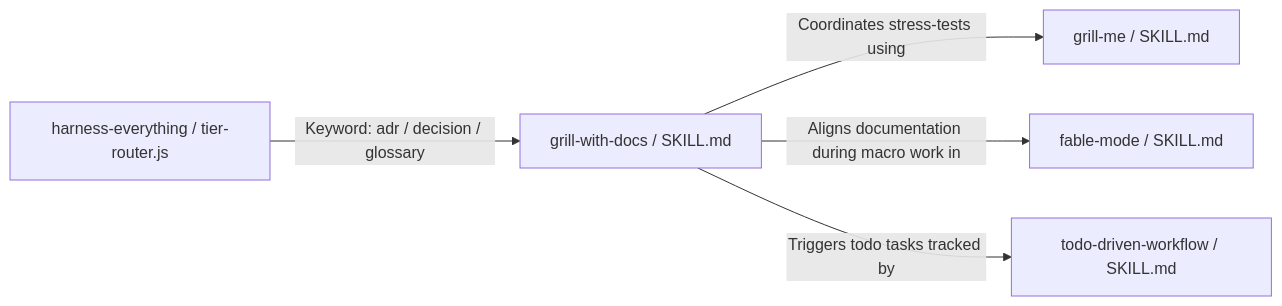
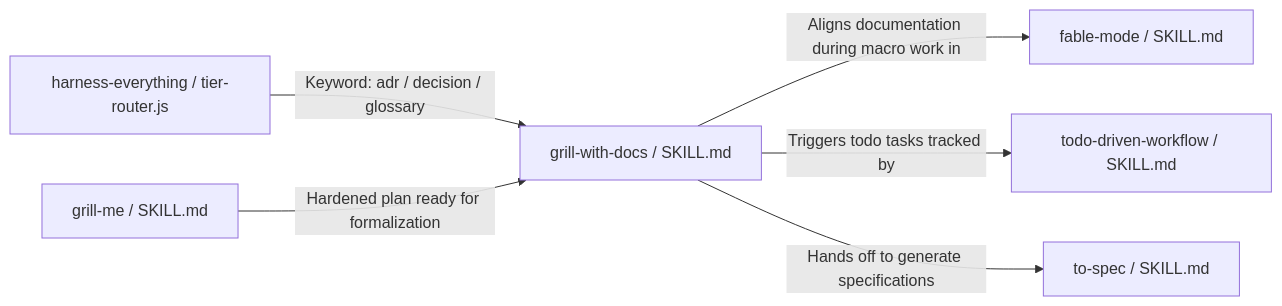
Before and after one commit to dyphn1/Harness-everything: the second of 3 diagrams in docs/workflows/grill-with-docs.md, drawn with Mermaid. The commit also changed other lines of this file and 3 other files, not shown here.

````diff
--- a/docs/workflows/grill-with-docs.md
+++ b/docs/workflows/grill-with-docs.md
@@ -29,7 +32,8 @@
 ```mermaid
 graph LR
   Router["harness-everything / tier-router.js"] -->|Keyword: adr / decision / glossary| GWD["grill-with-docs / SKILL.md"]
-  GWD -->|Coordinates stress-tests using| GrillMe["grill-me / SKILL.md"]
+  GrillMe["grill-me / SKILL.md"] -->|Hardened plan ready for formalization| GWD
   GWD -->|Aligns documentation during macro work in| Fable["fable-mode / SKILL.md"]
   GWD -->|Triggers todo tasks tracked by| Todo["todo-driven-workflow / SKILL.md"]
+  GWD -->|Hands off to generate specifications| ToSpec["to-spec / SKILL.md"]
 ```
````
